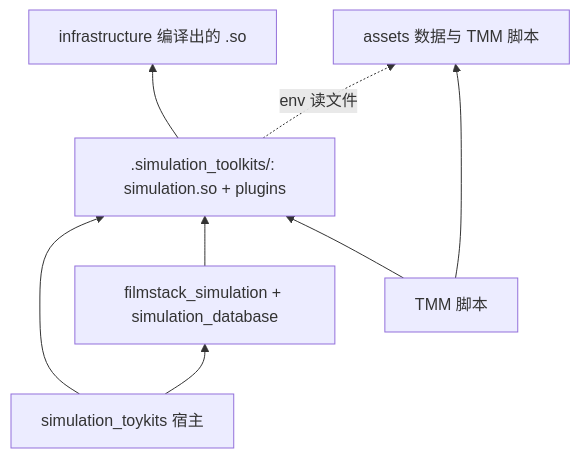
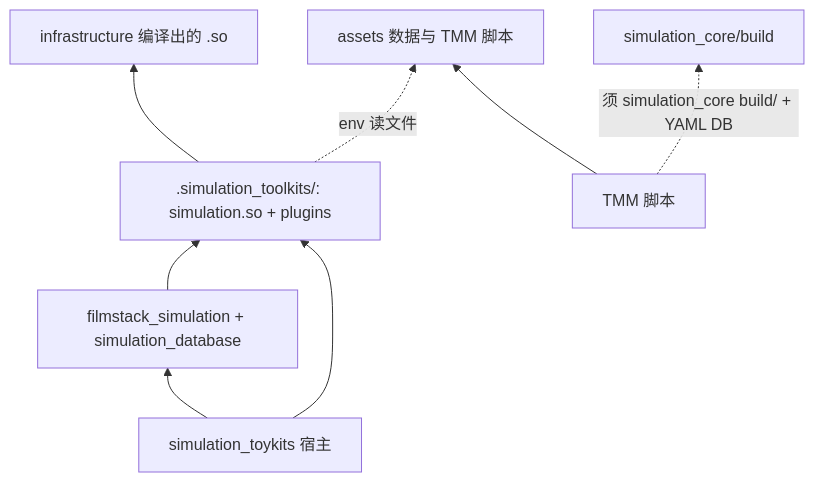
One commit to likooooo/simulation_toykits changed the third of 4 diagrams in scripts/simulation_toykits_deploy.md. Above: the diagram before and after it, drawn with Mermaid. The commit also changed other lines of this file and 17 other files, not shown here.

````diff
--- a/scripts/simulation_toykits_deploy.md
+++ b/scripts/simulation_toykits_deploy.md
@@ -84,17 +84,17 @@
 ```mermaid
 flowchart BT
   Host[simulation_toykits 宿主]
   Portable[filmstack_simulation + simulation_database]
   Runtime[".simulation_toolkits/: simulation.so + plugins"]
   Infra[infrastructure 编译出的 .so]
   Assets[assets 数据与 TMM 脚本]
   TMM[TMM 脚本]
 
   Host --> Portable
   Host --> Runtime
   Portable --> Runtime
-  TMM --> Runtime
+  TMM --> Assets
   Runtime --> Infra
   Runtime -.->|env 读文件| Assets
-  TMM --> Assets
+  TMM -.->|须 simulation_core build/ + YAML DB| SimBuild[simulation_core/build]
 ```
````
